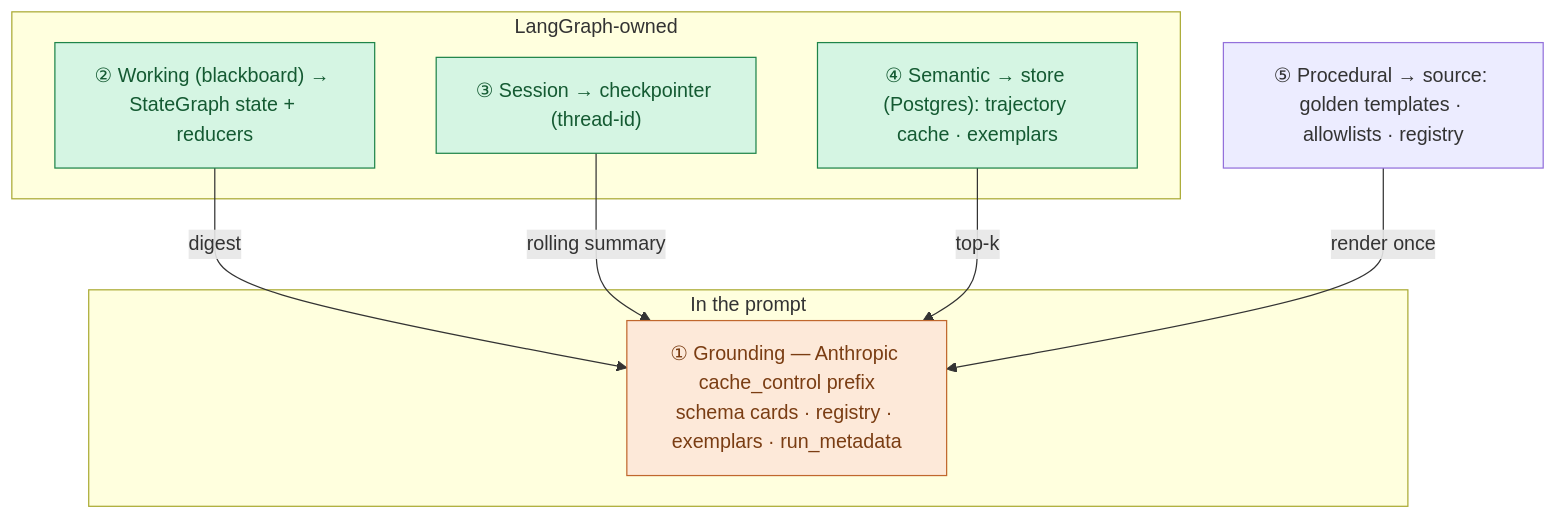
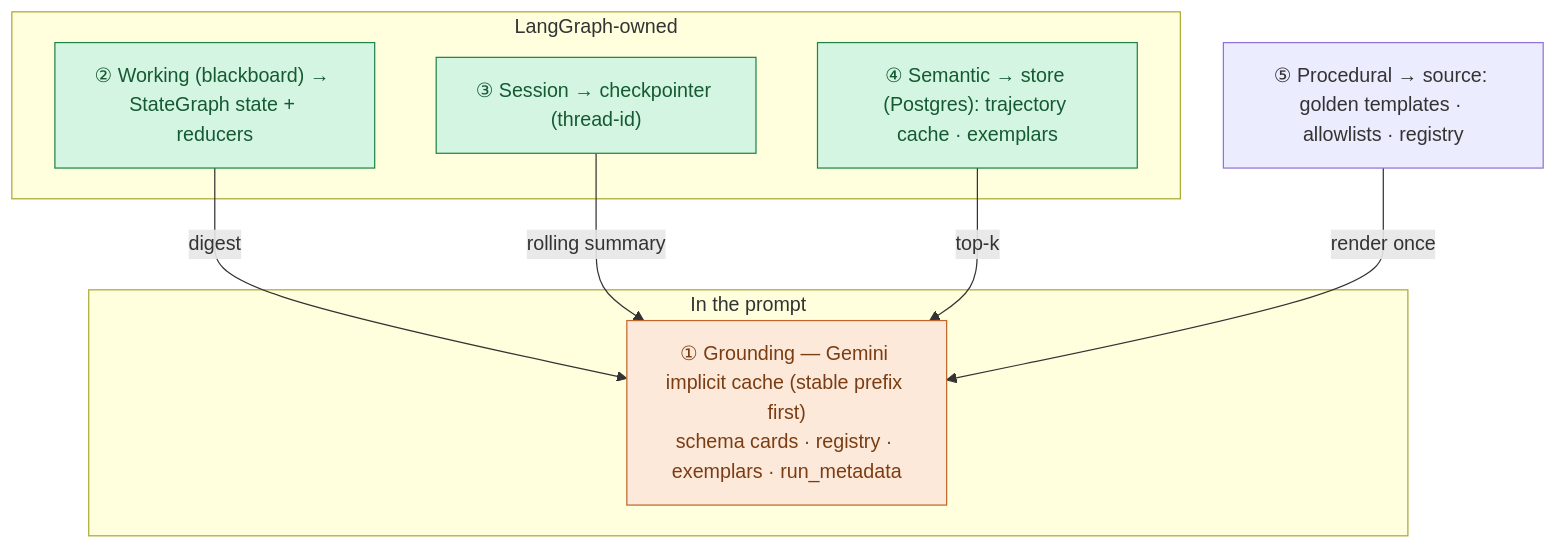
The fourth of 6 diagrams in docs/agentic_design/08-langgraph-implementation.md (sriharsha8991/multi-agent-system), drawn with Mermaid before and after one commit. The commit also changed other lines of this file and 3 other files, not shown here.

First line of the commit message:
Grounding to Gemini Harness with implecet Cache mechanism from Gemini by checking total_cached token count in roundtrips from gemini

````diff
--- a/docs/agentic_design/08-langgraph-implementation.md
+++ b/docs/agentic_design/08-langgraph-implementation.md
@@ -242,19 +245,19 @@
 ```mermaid
 flowchart TD
     subgraph CTX["In the prompt"]
-        G["① Grounding — Anthropic cache_control prefix<br/>schema cards · registry · exemplars · run_metadata"]
+        G["① Grounding — Gemini implicit cache (stable prefix first)<br/>schema cards · registry · exemplars · run_metadata"]
     end
     subgraph LG["LangGraph-owned"]
         W["② Working (blackboard) → StateGraph state + reducers"]
         E["③ Session → checkpointer (thread-id)"]
         S["④ Semantic → store (Postgres): trajectory cache · exemplars"]
     end
     P["⑤ Procedural → source: golden templates · allowlists · registry"]
     S -->|top-k| G
     P -->|render once| G
     W -->|digest| G
     E -->|rolling summary| G
     classDef ctx fill:#fde9d9,stroke:#c0672d,color:#7a3d13;
     classDef lg fill:#d5f5e3,stroke:#1e8449,color:#145a32;
     class G ctx; class W,E,S lg;
 ```
````
